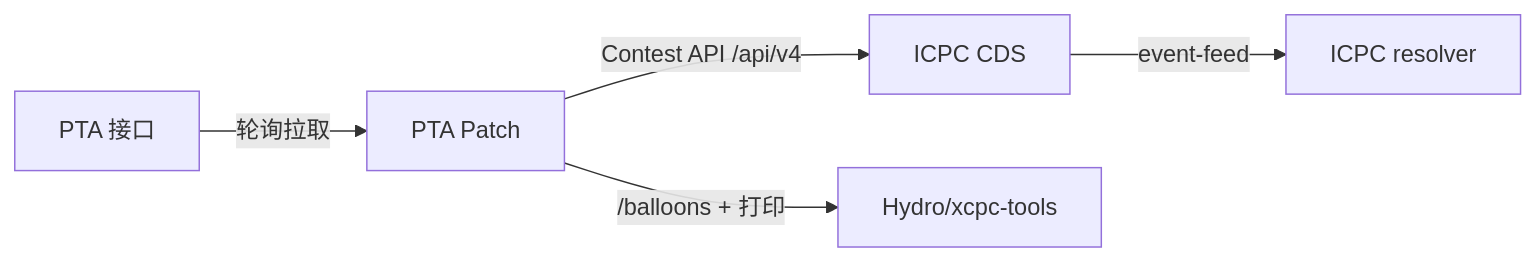
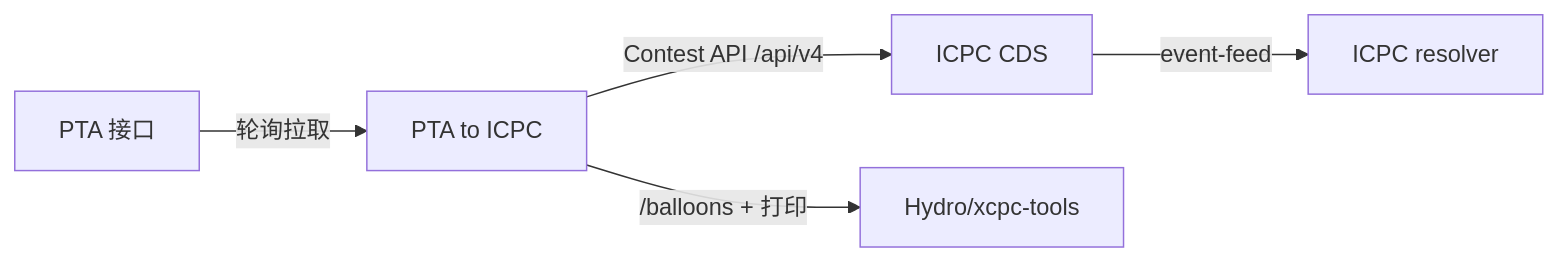
Before and after one commit to ZephyrBD/PTA-to-ICPC: the diagram in README.md, drawn with Mermaid. The commit also changed other lines of this file and 44 other files, not shown here.

Commit message:
refactor!: rename project to PTA to ICPC (pta2icpc)

````diff
--- a/README.md
+++ b/README.md
@@ -32,7 +32,7 @@
 ```mermaid
 flowchart LR
-  PTA["PTA 接口"] -->|轮询拉取| P["PTA Patch"]
+  PTA["PTA 接口"] -->|轮询拉取| P["PTA to ICPC"]
   P -->|Contest API /api/v4| CDS["ICPC CDS"]
   CDS -->|event-feed| R["ICPC resolver"]
   P -->|/balloons + 打印| X["Hydro/xcpc-tools"]
 ```
````
